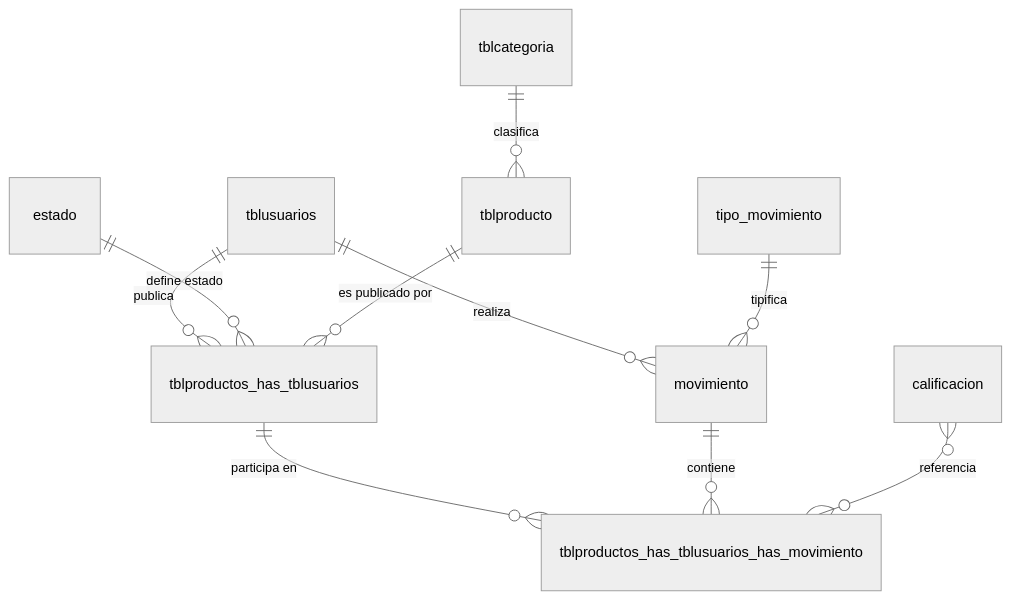
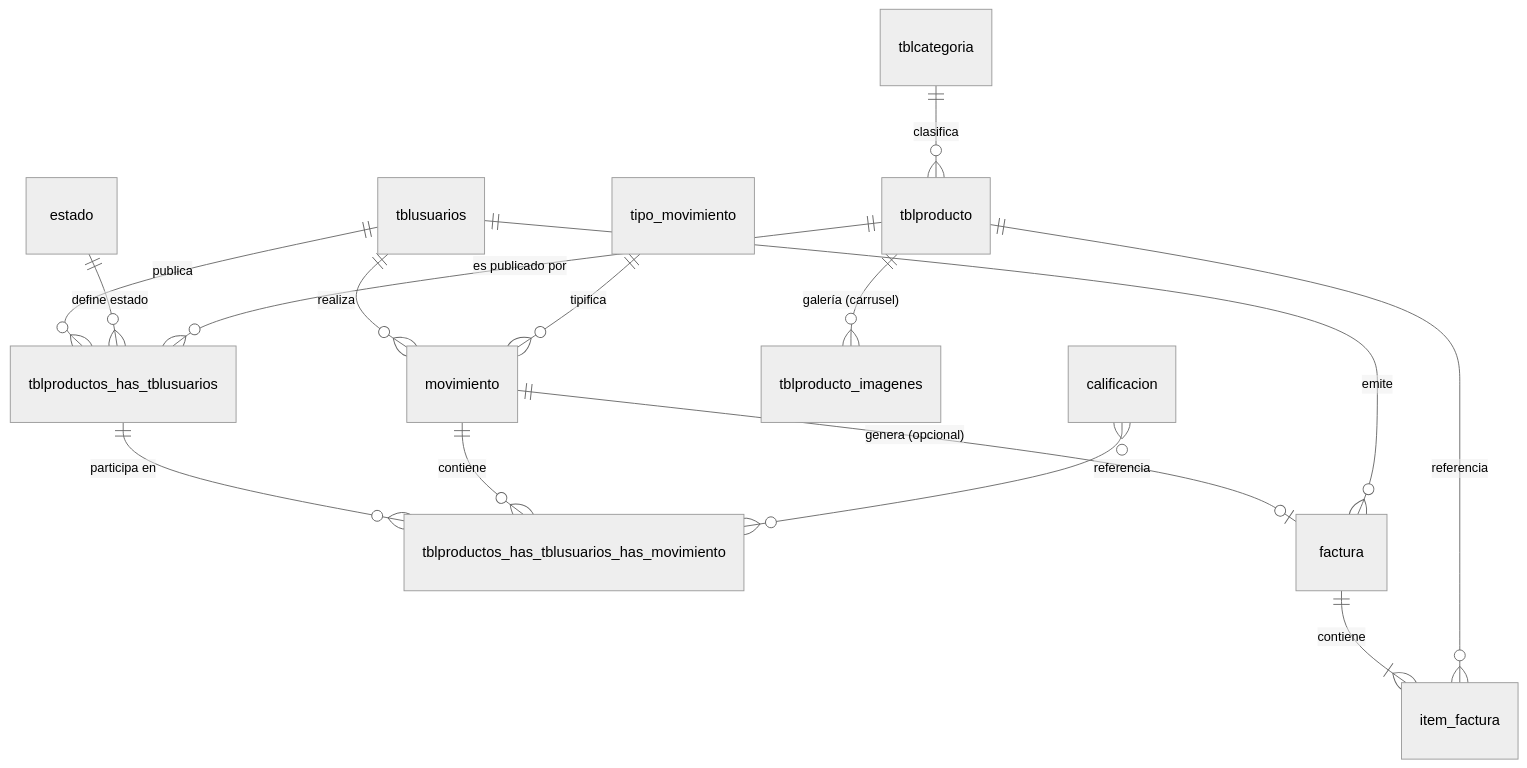
One commit to danieldavid-23/agrosft changed the diagram in docs/DATABASE.md. Above: the diagram before and after it, drawn with Mermaid (neutral theme). The commit also changed other lines of this file and 52 other files, not shown here.

````diff
--- a/docs/DATABASE.md
+++ b/docs/DATABASE.md
@@ -10,17 +10,23 @@
 ```mermaid
 erDiagram
     tblusuarios ||--o{ tblproductos_has_tblusuarios : "publica"
     tblusuarios ||--o{ movimiento : "realiza"
 
     tblcategoria ||--o{ tblproducto : "clasifica"
     estado ||--o{ tblproductos_has_tblusuarios : "define estado"
 
     tblproducto ||--o{ tblproductos_has_tblusuarios : "es publicado por"
+    tblproducto ||--o{ tblproducto_imagenes : "galería (carrusel)"
 
     tblproductos_has_tblusuarios ||--o{ tblproductos_has_tblusuarios_has_movimiento : "participa en"
     movimiento ||--o{ tblproductos_has_tblusuarios_has_movimiento : "contiene"
 
     tipo_movimiento ||--o{ movimiento : "tipifica"
 
     calificacion }o--o{ tblproductos_has_tblusuarios_has_movimiento : "referencia"
+
+    movimiento ||--o| factura : "genera (opcional)"
+    tblusuarios ||--o{ factura : "emite"
+    factura ||--|{ item_factura : "contiene"
+    tblproducto ||--o{ item_factura : "referencia"
 ```
````
